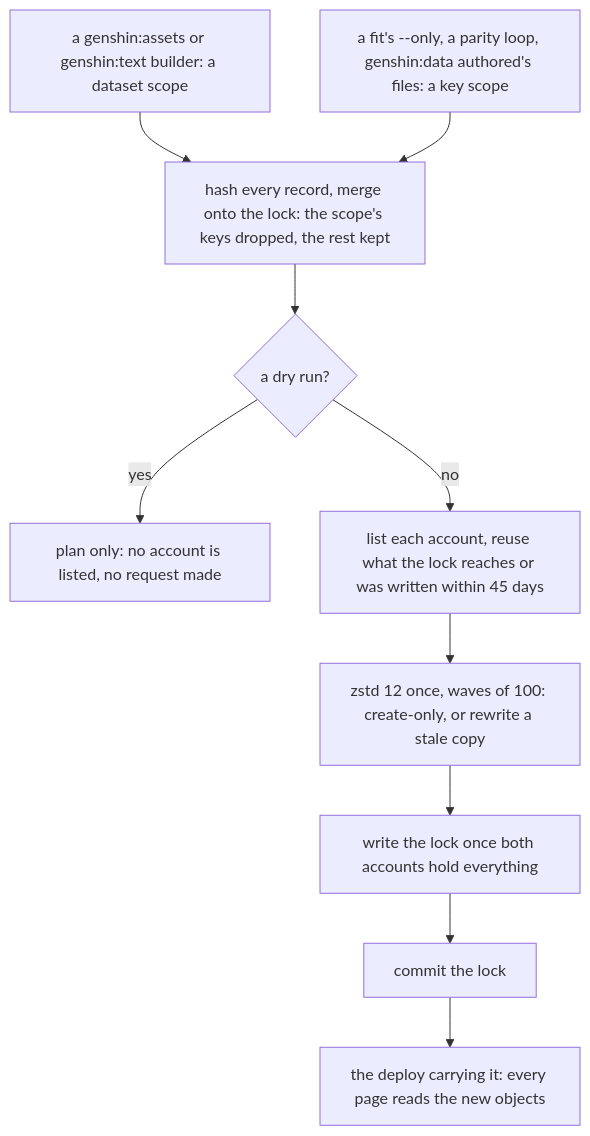
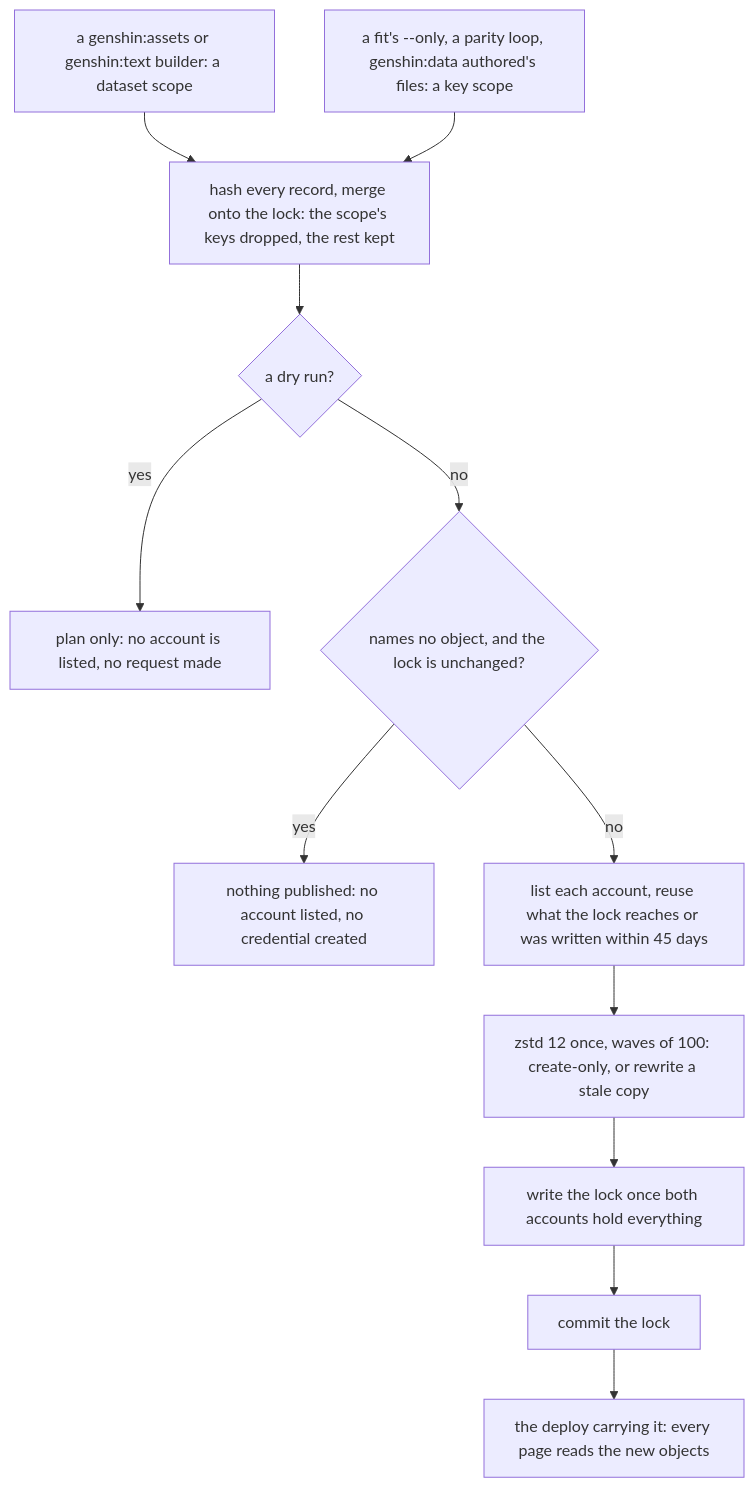
One commit to Esposter/Esposter changed the third of 5 diagrams in openspec/specs/genshin/hosted-game-data/design.md. Above: the diagram before and after it, drawn with Mermaid. The commit also changed other lines of this file and 6 other files, not shown here.

````diff
--- a/openspec/specs/genshin/hosted-game-data/design.md
+++ b/openspec/specs/genshin/hosted-game-data/design.md
@@ -150,12 +150,14 @@
 ```mermaid
 flowchart TD
   Dataset["a genshin:assets or genshin:text builder: a dataset scope"] --> Plan
   Key["a fit's --only, a parity loop, genshin:data authored's files: a key scope"] --> Plan
   Plan["hash every record, merge onto the lock: the scope's keys dropped, the rest kept"] --> Dry{"a dry run?"}
   Dry -->|yes| Skip["plan only: no account is listed, no request made"]
-  Dry -->|no| Reach["list each account, reuse what the lock reaches or was written within 45 days"]
+  Dry -->|no| Empty{"names no object, and the lock is unchanged?"}
+  Empty -->|yes| Nothing["nothing published: no account listed, no credential created"]
+  Empty -->|no| Reach["list each account, reuse what the lock reaches or was written within 45 days"]
   Reach --> Upload["zstd 12 once, waves of 100: create-only, or rewrite a stale copy"]
   Upload --> Write["write the lock once both accounts hold everything"]
   Write --> Commit["commit the lock"]
   Commit --> Deploy["the deploy carrying it: every page reads the new objects"]
 ```
````
